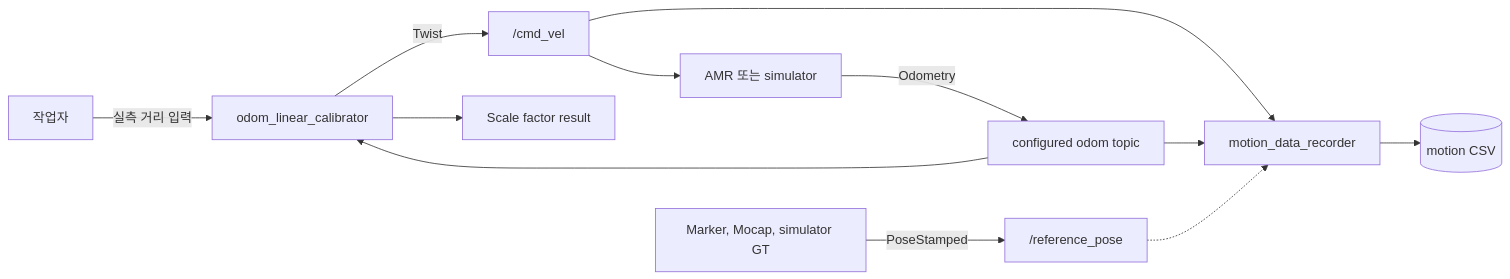
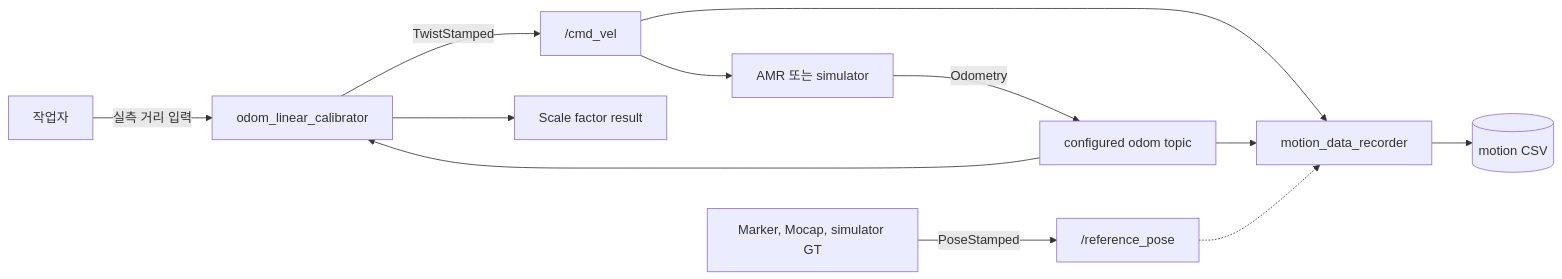
Before and after one commit to grade-e/odometry-calibrator: the diagram in docs/architecture.md, drawn with Mermaid. The commit also changed other lines of this file and 9 other files, not shown here.

````diff
--- a/docs/architecture.md
+++ b/docs/architecture.md
@@ -18,17 +18,17 @@
 ```mermaid
 flowchart LR
     operator["작업자"] -->|실측 거리 입력| calibrator["odom_linear_calibrator"]
 
-    calibrator -->|Twist| cmd_vel["/cmd_vel"]
+    calibrator -->|TwistStamped| cmd_vel["/cmd_vel"]
     robot["AMR 또는 simulator"] -->|Odometry| odom["configured odom topic"]
     cmd_vel --> robot
     odom --> calibrator
 
     cmd_vel --> recorder["motion_data_recorder"]
     odom --> recorder
     reference_source["Marker, Mocap, simulator GT"] -->|PoseStamped| reference_pose["/reference_pose"]
     reference_pose -.-> recorder
 
     recorder --> csv[("motion CSV")]
     calibrator --> result["Scale factor result"]
 ```
````
